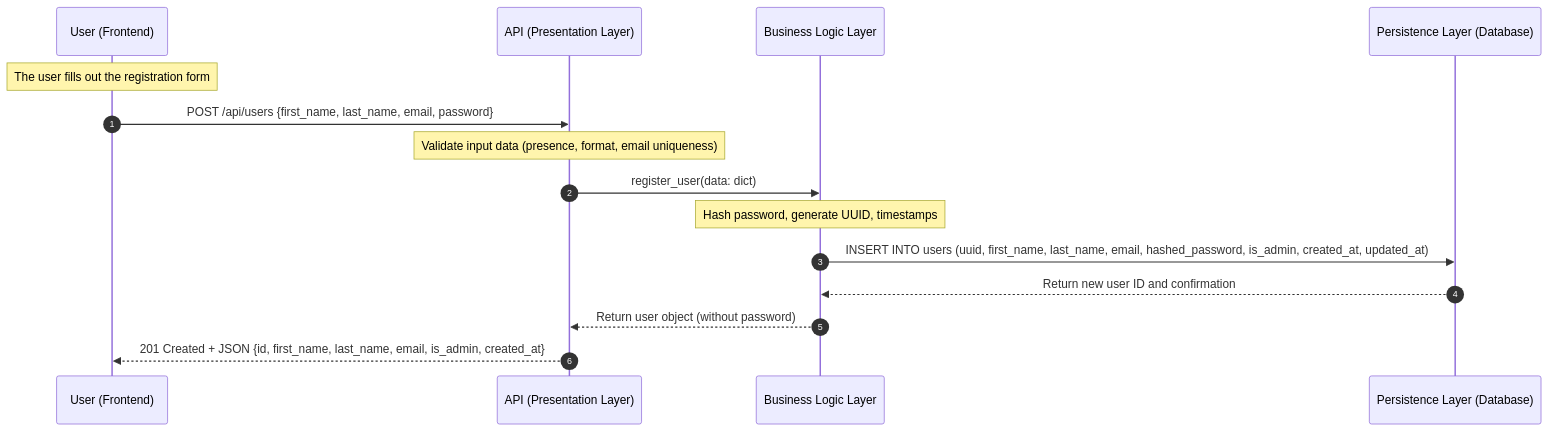
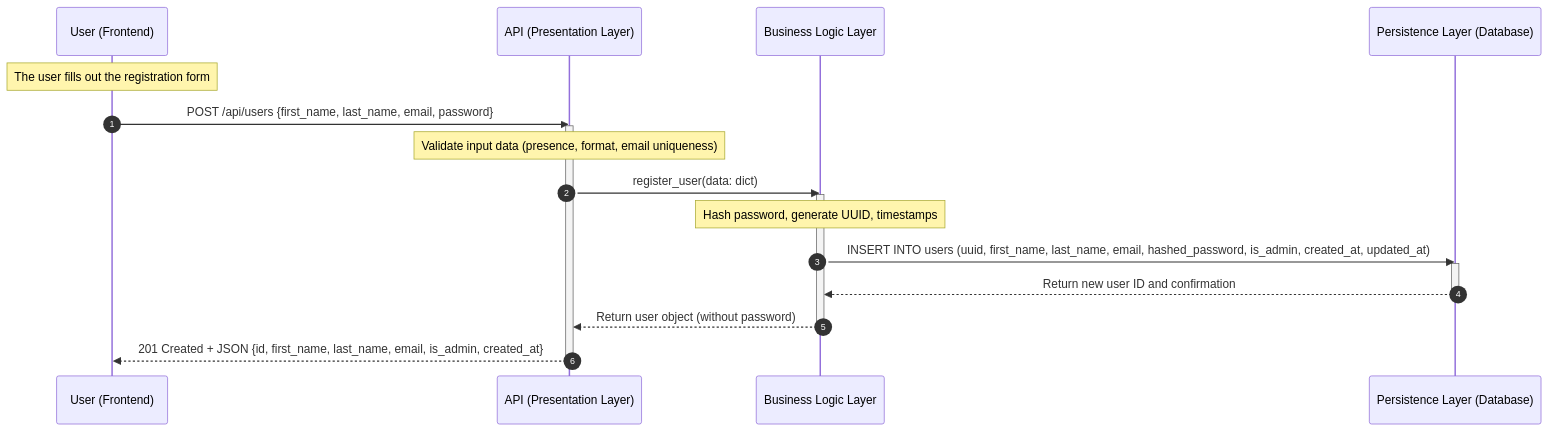
The first of 4 diagrams in part1/2_SEQUENCE_DIAGRAMS.md (rahafalharthi1111-png/holbertonschool-hbnb), drawn with Mermaid before and after one commit. The commit also changed other lines of this file, not shown here.

````diff
--- a/part1/2_SEQUENCE_DIAGRAMS.md
+++ b/part1/2_SEQUENCE_DIAGRAMS.md
@@ -16,21 +16,27 @@
 ```mermaid
 sequenceDiagram
     autonumber
     participant Client as User (Frontend)
     participant API as API (Presentation Layer)
     participant Logic as Business Logic Layer
     participant DB as Persistence Layer (Database)
 
     Note over Client: The user fills out the registration form
     Client->>API: POST /api/users {first_name, last_name, email, password}
+	activate API
 
     Note over API: Validate input data (presence, format, email uniqueness)
     API->>Logic: register_user(data: dict)
+	activate Logic
 
     Note over Logic: Hash password, generate UUID, timestamps
     Logic->>DB: INSERT INTO users (uuid, first_name, last_name, email, hashed_password, is_admin, created_at, updated_at)
+	activate DB
 
     DB-->>Logic: Return new user ID and confirmation
+	deactivate DB
     Logic-->>API: Return user object (without password)
+	deactivate Logic
     API-->>Client: 201 Created + JSON {id, first_name, last_name, email, is_admin, created_at}
+deactivate API
 ```
````
